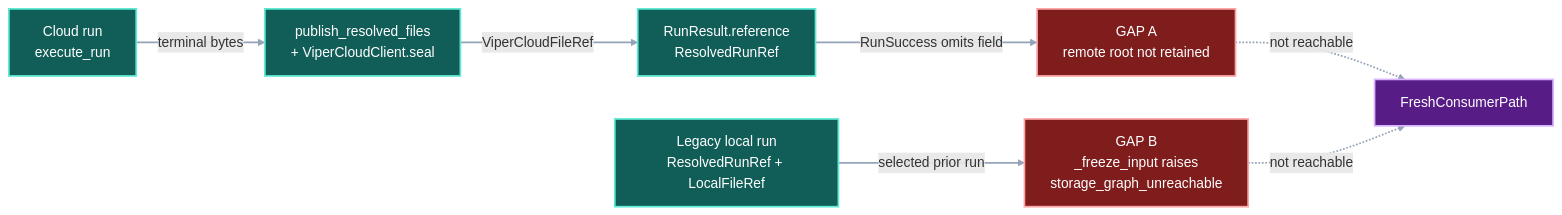
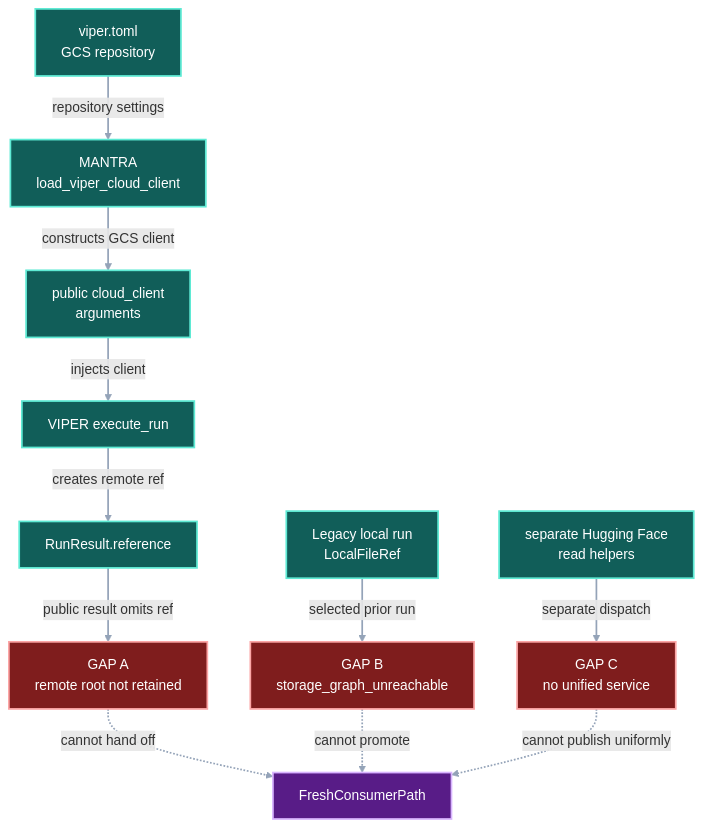
The first of 3 diagrams in contracts/viper-cloud-persistence.md (pvd232/RICO), drawn with Mermaid before and after one commit. The commit also changed other lines of this file and 3 other files, not shown here.

Commit message:
contract: unify ViperCloud provider persistence

````diff
--- a/contracts/viper-cloud-persistence.md
+++ b/contracts/viper-cloud-persistence.md
@@ -185,25 +247,33 @@
 ```mermaid
-flowchart LR
-    CloudRun["Cloud run<br/>execute_run"]
-    Publish["publish_resolved_files<br/>+ ViperCloudClient.seal"]
-    RunResult["RunResult.reference<br/>ResolvedRunRef"]
+flowchart TB
+    Config["viper.toml<br/>GCS repository"]
+    MantraLoader["MANTRA<br/>load_viper_cloud_client"]
+    ClientArg["public cloud_client<br/>arguments"]
+    CloudRun["VIPER execute_run"]
+    RunResult["RunResult.reference"]
     GapRoot["GAP A<br/>remote root not retained"]
-    LocalRun["Legacy local run<br/>ResolvedRunRef + LocalFileRef"]
-    GapPromotion["GAP B<br/>_freeze_input raises<br/>storage_graph_unreachable"]
+    LocalRun["Legacy local run<br/>LocalFileRef"]
+    GapPromotion["GAP B<br/>storage_graph_unreachable"]
+    HfRead["separate Hugging Face<br/>read helpers"]
+    GapService["GAP C<br/>no unified service"]
     Result["FreshConsumerPath"]
 
-    CloudRun -->|"terminal bytes"| Publish
-    Publish -->|"ViperCloudFileRef"| RunResult
-    RunResult -->|"RunSuccess omits field"| GapRoot
+    Config -->|"repository settings"| MantraLoader
+    MantraLoader -->|"constructs GCS client"| ClientArg
+    ClientArg -->|"injects client"| CloudRun
+    CloudRun -->|"creates remote ref"| RunResult
+    RunResult -->|"public result omits ref"| GapRoot
     LocalRun -->|"selected prior run"| GapPromotion
-    GapRoot -.->|"not reachable"| Result
-    GapPromotion -.->|"not reachable"| Result
+    HfRead -->|"separate dispatch"| GapService
+    GapRoot -.->|"cannot hand off"| Result
+    GapPromotion -.->|"cannot promote"| Result
+    GapService -.->|"cannot publish uniformly"| Result
 
-    class CloudRun,Publish,RunResult,LocalRun implementation
-    class GapRoot,GapPromotion gap
+    class Config,MantraLoader,ClientArg,CloudRun,RunResult,LocalRun,HfRead implementation
+    class GapRoot,GapPromotion,GapService gap
     class Result output
     classDef implementation fill:#115e59,stroke:#5eead4,color:#ffffff,stroke-width:2px
     classDef gap fill:#7f1d1d,stroke:#fca5a5,color:#ffffff,stroke-width:2px
     classDef output fill:#581c87,stroke:#d8b4fe,color:#ffffff,stroke-width:2px
     linkStyle default stroke:#94a3b8,stroke-width:2px
 ```
````
